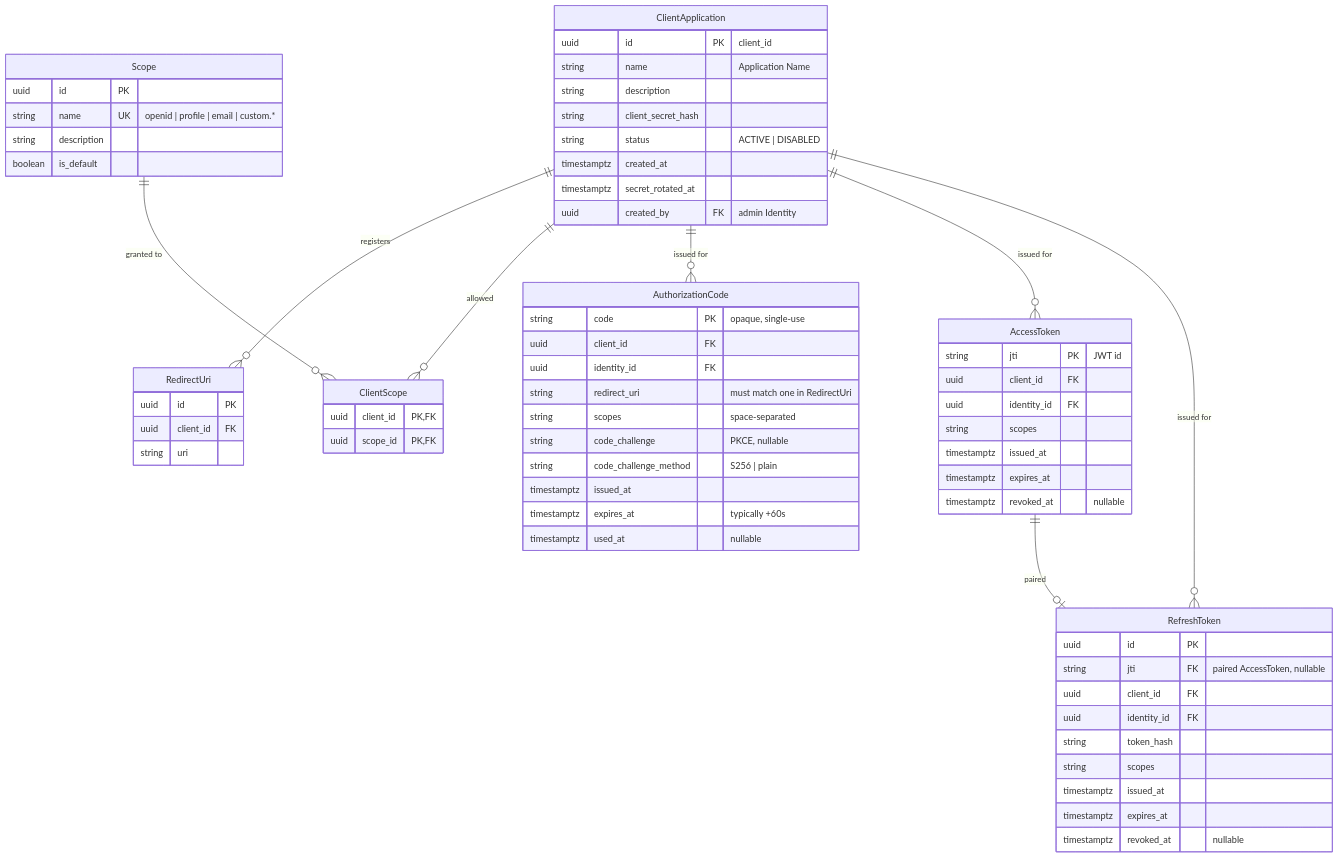
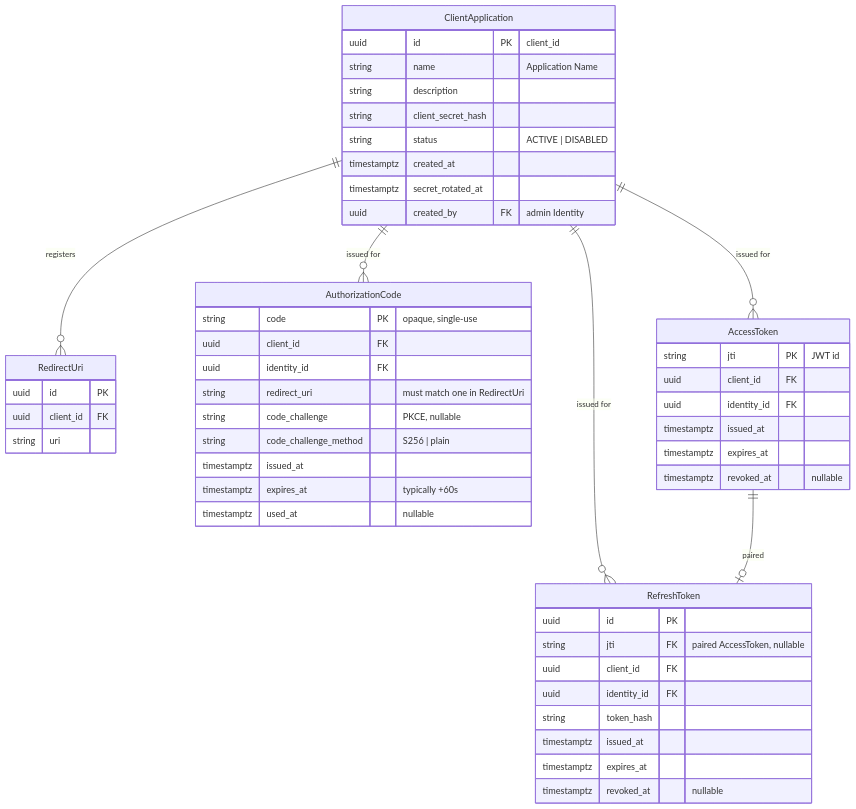
One commit to mosup16/SW-IDP changed the third of 4 diagrams in design/ERD.md. Above: the diagram before and after it, drawn with Mermaid. The commit also changed other lines of this file and 1 other file, not shown here.

Commit message:
Drop OAuth scopes from the PoC data model
Scopes are not supported in the PoC. Removed the Scope entity, the
per-client ClientScope allowlist, and the AccessPolicyScope join from
the ERD, along with the scopes columns on AuthorizationCode,
AccessToken, and RefreshToken. AccessPolicy.target_scope stays as a
string enum (GLOBAL_AUTH | NETWORK_EDGE | OAUTH2_TOKEN | SESSION_MGT)
since it represents a policy domain, not an OAuth scope. Recorded the
cut in REQUIREMENTS.md so Step 2 renders the OAuth 2.0 Scopes panel
as non-functional.

https://claude.ai/code/session_01AVuBtrFeQHZs3FwCiiA2VF

````diff
--- a/design/ERD.md
+++ b/design/ERD.md
@@ -109,74 +105,57 @@
 ```mermaid
 erDiagram
     ClientApplication {
         uuid id PK "client_id"
         string name "Application Name"
         string description
         string client_secret_hash
         string status "ACTIVE | DISABLED"
         timestamptz created_at
         timestamptz secret_rotated_at
         uuid created_by FK "admin Identity"
     }
 
     RedirectUri {
         uuid id PK
         uuid client_id FK
         string uri
     }
 
-    Scope {
-        uuid id PK
-        string name UK "openid | profile | email | custom.*"
-        string description
-        boolean is_default
-    }
-
-    ClientScope {
-        uuid client_id PK,FK
-        uuid scope_id PK,FK
-    }
-
     AuthorizationCode {
         string code PK "opaque, single-use"
         uuid client_id FK
         uuid identity_id FK
         string redirect_uri "must match one in RedirectUri"
-        string scopes "space-separated"
         string code_challenge "PKCE, nullable"
         string code_challenge_method "S256 | plain"
         timestamptz issued_at
         timestamptz expires_at "typically +60s"
         timestamptz used_at "nullable"
     }
 
     AccessToken {
         string jti PK "JWT id"
         uuid client_id FK
         uuid identity_id FK
-        string scopes
         timestamptz issued_at
         timestamptz expires_at
         timestamptz revoked_at "nullable"
     }
 
     RefreshToken {
         uuid id PK
         string jti FK "paired AccessToken, nullable"
         uuid client_id FK
         uuid identity_id FK
         string token_hash
-        string scopes
         timestamptz issued_at
         timestamptz expires_at
         timestamptz revoked_at "nullable"
     }
 
     ClientApplication ||--o{ RedirectUri : "registers"
-    ClientApplication ||--o{ ClientScope : "allowed"
-    Scope ||--o{ ClientScope : "granted to"
     ClientApplication ||--o{ AuthorizationCode : "issued for"
     ClientApplication ||--o{ AccessToken : "issued for"
     ClientApplication ||--o{ RefreshToken : "issued for"
     AccessToken ||--o| RefreshToken : "paired"
 ```
````
